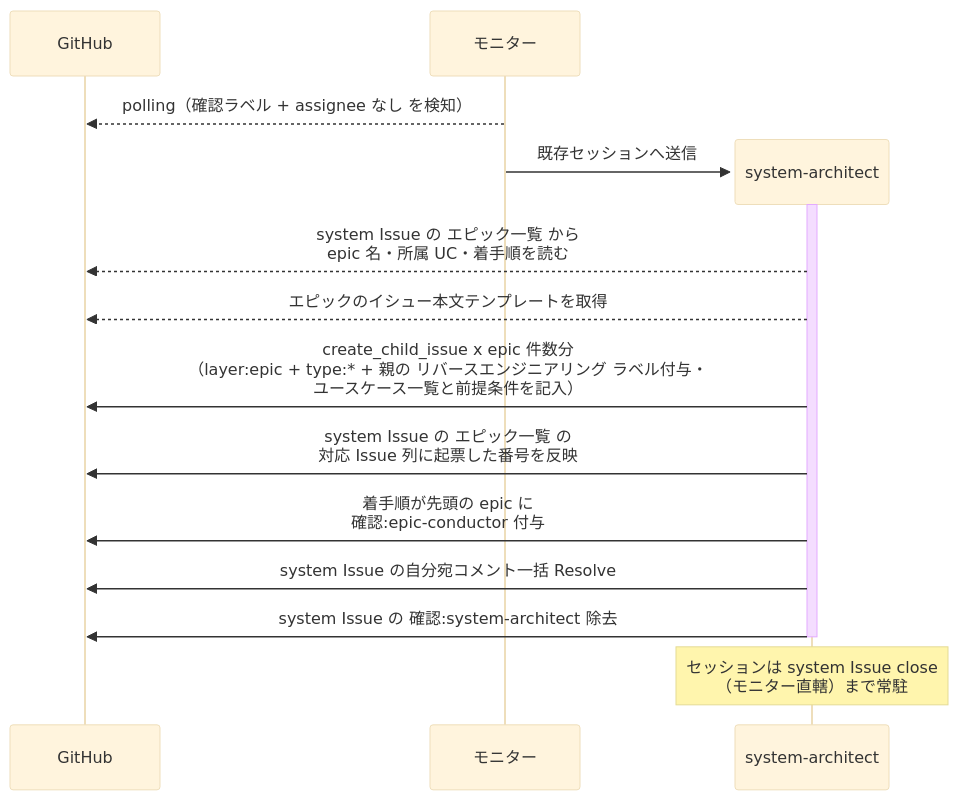
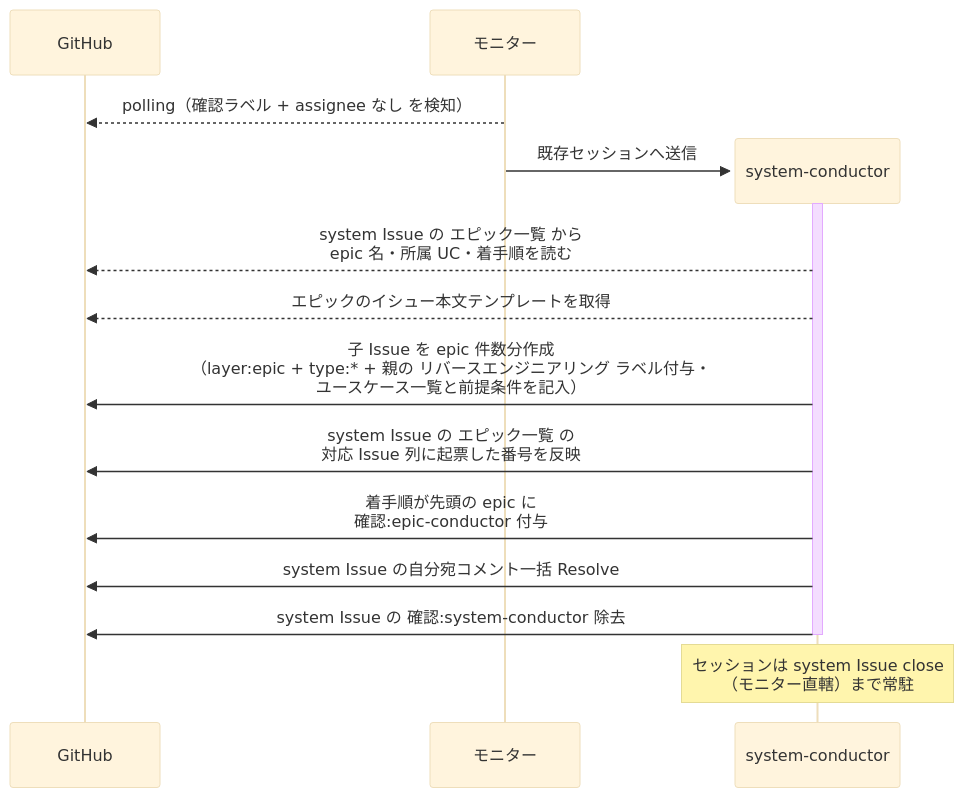
One commit to shuhei1101/ai-monitor changed the diagram in docs/wiki/設計図/シナリオ/単一ユースケース/子epic起票.md. Above: the diagram before and after it, drawn with Mermaid (base theme). The commit also changed other lines of this file and 304 other files, not shown here.

````diff
--- a/docs/wiki/設計図/シナリオ/単一ユースケース/子epic起票.md
+++ b/docs/wiki/設計図/シナリオ/単一ユースケース/子epic起票.md
@@ -31,19 +31,19 @@
 ```mermaid
 sequenceDiagram
   participant GH as GitHub
   participant ORC as モニター
 
   ORC-->>GH: polling（確認ラベル + assignee なし を検知）
-  create participant MON as system-architect
+  create participant MON as system-conductor
   ORC->>MON: 既存セッションへ送信
   activate MON
   MON-->>GH: system Issue の エピック一覧 から<br>epic 名・所属 UC・着手順を読む
   MON-->>GH: エピックのイシュー本文テンプレートを取得
-  MON->>GH: create_child_issue x epic 件数分<br>（layer:epic + type:* + 親の リバースエンジニアリング ラベル付与・<br>ユースケース一覧と前提条件を記入）
+  MON->>GH: 子 Issue を epic 件数分作成<br>（layer:epic + type:* + 親の リバースエンジニアリング ラベル付与・<br>ユースケース一覧と前提条件を記入）
   MON->>GH: system Issue の エピック一覧 の<br>対応 Issue 列に起票した番号を反映
   MON->>GH: 着手順が先頭の epic に<br>確認:epic-conductor 付与
   MON->>GH: system Issue の自分宛コメント一括 Resolve
-  MON->>GH: system Issue の 確認:system-architect 除去
+  MON->>GH: system Issue の 確認:system-conductor 除去
   deactivate MON
   Note over MON: セッションは system Issue close<br>（モニター直轄）まで常駐
 ```
````
